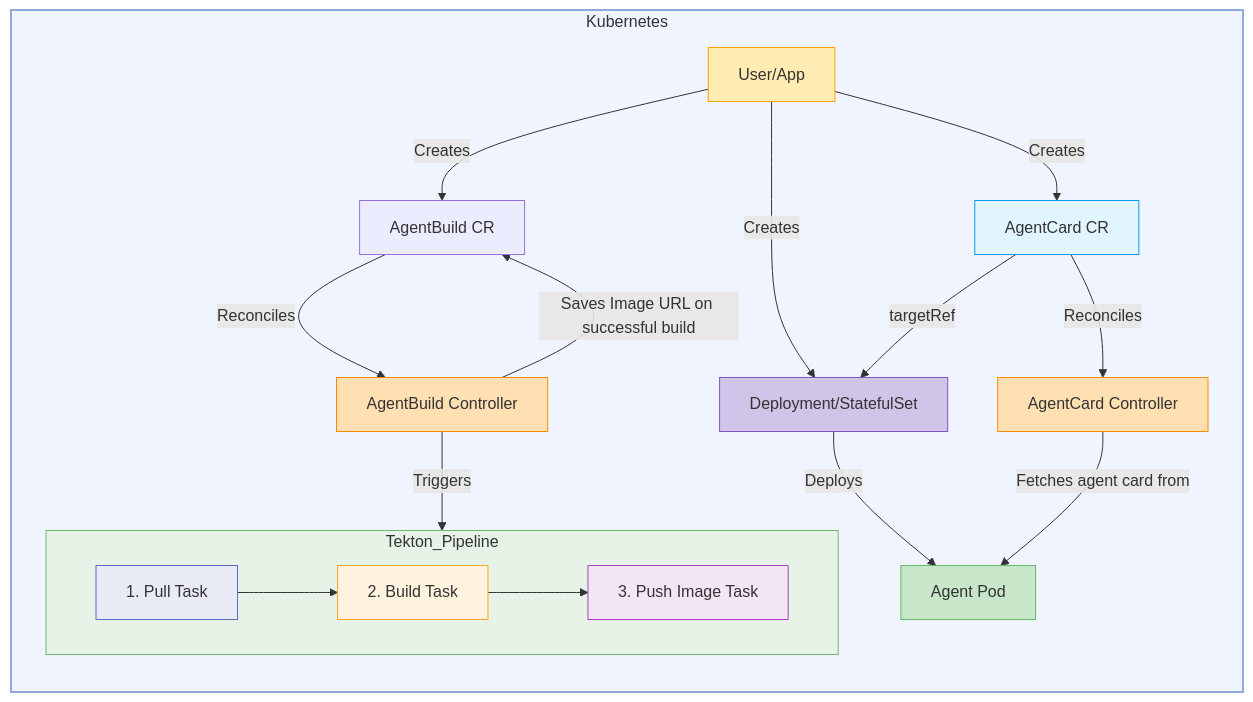
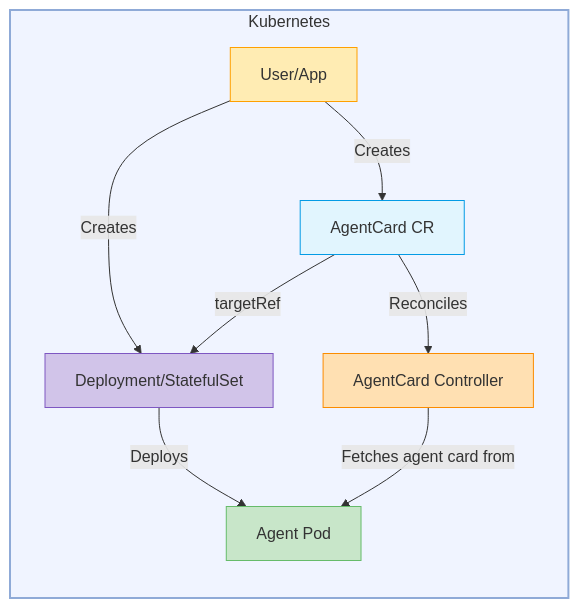
The diagram in kagenti-operator/docs/operator.md (DeanKelly751/kagenti-operator), drawn with Mermaid before and after one commit. The commit also changed other lines of this file and 2 other files, not shown here.

Commit message:
docs: remove AgentBuild references from operator documentation
- operator.md: Clean mermaid diagram, controllers, and goals sections
- api-reference.md: AgentCard-only CRD reference with accurate status
fields
- architecture.md: Clean architecture diagram and RBAC documentation

````diff
--- a/kagenti-operator/docs/operator.md
+++ b/kagenti-operator/docs/operator.md
@@ -27,53 +22,31 @@
 ```mermaid
 graph TD;
     subgraph Kubernetes
         direction TB
         style Kubernetes fill:#f0f4ff,stroke:#8faad7,stroke-width:2px
 
         User[User/App]
         style User fill:#ffecb3,stroke:#ffa000
 
         Deployment_Deployment[Deployment/StatefulSet]
         style Deployment_Deployment fill:#d1c4e9,stroke:#7e57c2
 
         AgentCardCRD["AgentCard CR"]
         style AgentCardCRD fill:#e1f5fe,stroke:#039be5
 
-        AgentBuildCRD["AgentBuild CR"]
-
         User -->|Creates| Deployment_Deployment
         User -->|Creates| AgentCardCRD
-        User -->|Creates| AgentBuildCRD
 
         AgentCardController[AgentCard Controller]
         style AgentCardController fill:#ffe0b2,stroke:#fb8c00
-
-        AgentBuildController[AgentBuild Controller]
-        style AgentBuildController fill:#ffe0b2,stroke:#fb8c00
 
         AgentPod[Agent Pod]
         style AgentPod fill:#c8e6c9,stroke:#66bb6a
 
         AgentCardCRD -->|targetRef| Deployment_Deployment
         AgentCardCRD -->|Reconciles| AgentCardController
-        AgentBuildCRD -->|Reconciles| AgentBuildController
 
         Deployment_Deployment --> |Deploys| AgentPod
         AgentCardController -->|Fetches agent card from| AgentPod
-
-        subgraph Tekton_Pipeline
-            direction LR
-            style Tekton_Pipeline fill:#e7f3e7,stroke:#73b473,stroke-width:1px
-
-            Pull[1. Pull Task]
-            style Pull fill:#e8eaf6,stroke:#5c6bc0
-            Build[2. Build Task]
-            style Build fill:#fff3e0,stroke:#ffa726
-            Push[3. Push Image Task]
-            style Push fill:#f3e5f5,stroke:#ab47bc
-            Pull --> Build --> Push
-        end
-        AgentBuildController -->|Triggers| Tekton_Pipeline
-        AgentBuildController -->|Saves Image URL on successful build| AgentBuildCRD
     end
 ```
````
